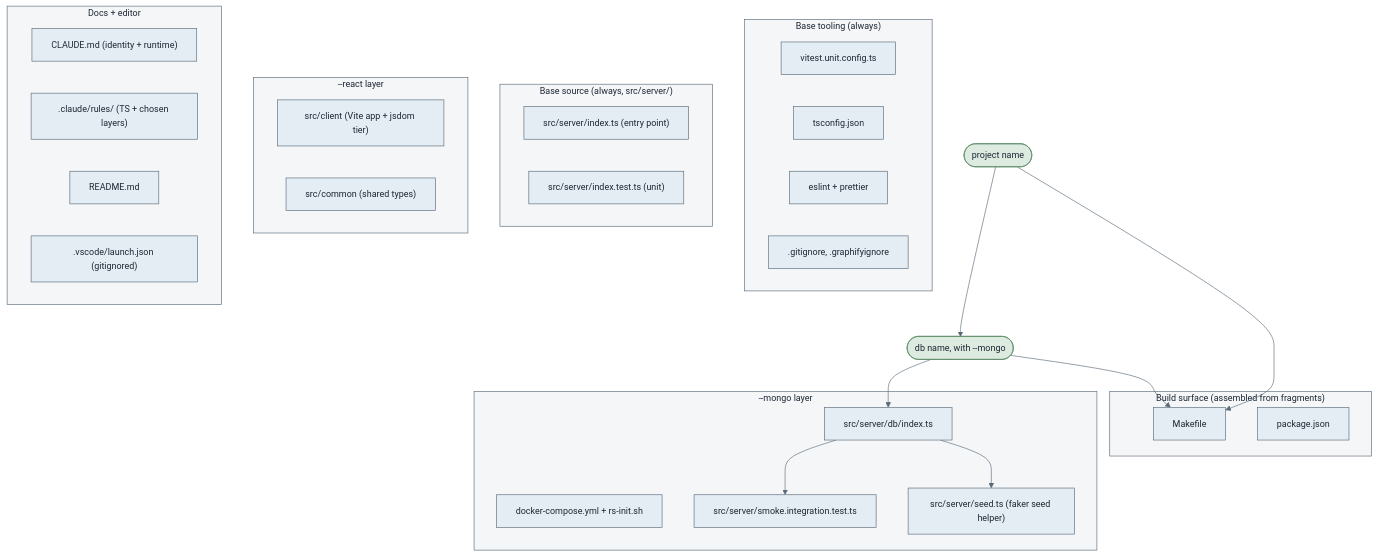
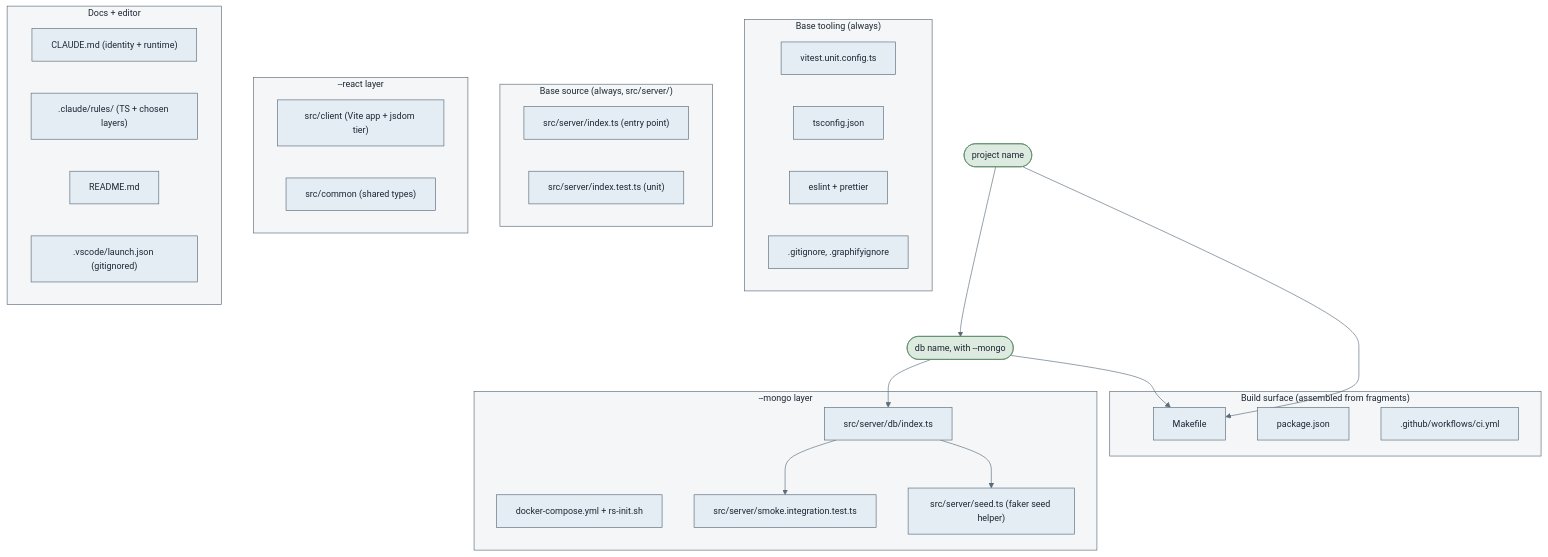
One commit to omerosaienni/agent-sdlc changed the third of 4 diagrams in docs/scripts.md. Above: the diagram before and after it, drawn with Mermaid. The commit also changed other lines of this file and 9 other files, not shown here.

````diff
--- a/docs/scripts.md
+++ b/docs/scripts.md
@@ -108,54 +109,55 @@
 ```mermaid
 %%{init: {'theme':'base','themeVariables':{'primaryColor':'#e4edf4','primaryTextColor':'#1d2733','primaryBorderColor':'#5b6b7a','lineColor':'#5b6b7a','fontSize':'14px'}}}%%
 flowchart TD
     name(["project name"]) --> dbname(["db name, with --mongo"])
     dbname --> dbts
     dbname --> makefile
     name --> makefile
 
     subgraph tooling["Base tooling (always)"]
         vitest["vitest.unit.config.ts"]
         tsconfig["tsconfig.json"]
         lint["eslint + prettier"]
         ignores[".gitignore, .graphifyignore"]
     end
 
     subgraph base["Base source (always, src/server/)"]
         index["src/server/index.ts (entry point)"]
         indextest["src/server/index.test.ts (unit)"]
     end
 
     subgraph mongolayer["--mongo layer"]
         dbts["src/server/db/index.ts"]
         compose["docker-compose.yml + rs-init.sh"]
         smoke["src/server/smoke.integration.test.ts"]
         seed["src/server/seed.ts (faker seed helper)"]
     end
 
     subgraph reactlayer["--react layer"]
         client["src/client (Vite app + jsdom tier)"]
         common["src/common (shared types)"]
     end
 
     subgraph build["Build surface (assembled from fragments)"]
         makefile["Makefile"]
         pkg["package.json"]
+        ci[".github/workflows/ci.yml"]
     end
 
     subgraph docs["Docs + editor"]
         claude["CLAUDE.md (identity + runtime)"]
         rules[".claude/rules/ (TS + chosen layers)"]
         readme["README.md"]
         vscode[".vscode/launch.json (gitignored)"]
     end
 
     dbts --> smoke
     dbts --> seed
 
     classDef param fill:#dceadf,stroke:#5a8a66,color:#1d2733;
     classDef node fill:#e4edf4,stroke:#5b6b7a,color:#1d2733;
     classDef group fill:#f4f6f8,stroke:#5b6b7a,color:#1d2733;
     class name,dbname param;
-    class vitest,tsconfig,lint,ignores,index,indextest,dbts,compose,smoke,seed,client,common,makefile,pkg,claude,rules,readme,vscode node;
+    class vitest,tsconfig,lint,ignores,index,indextest,dbts,compose,smoke,seed,client,common,makefile,pkg,ci,claude,rules,readme,vscode node;
     class tooling,base,mongolayer,reactlayer,build,docs group;
 ```
````
